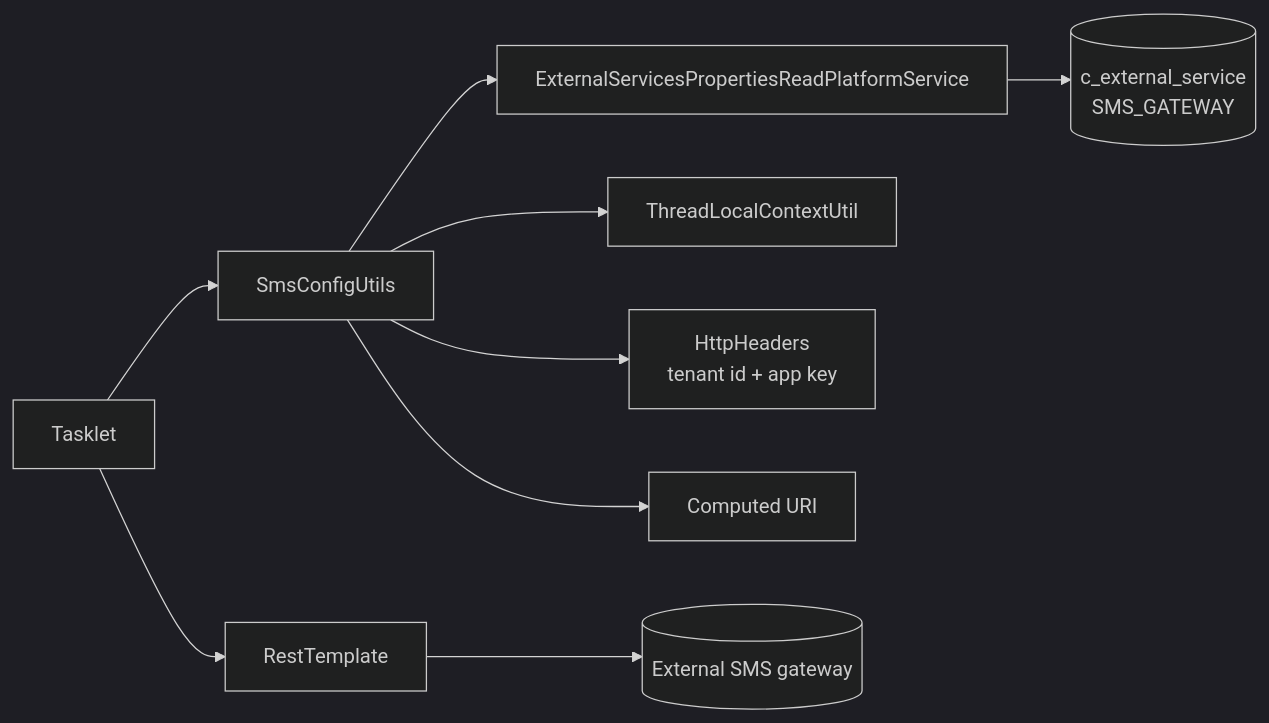
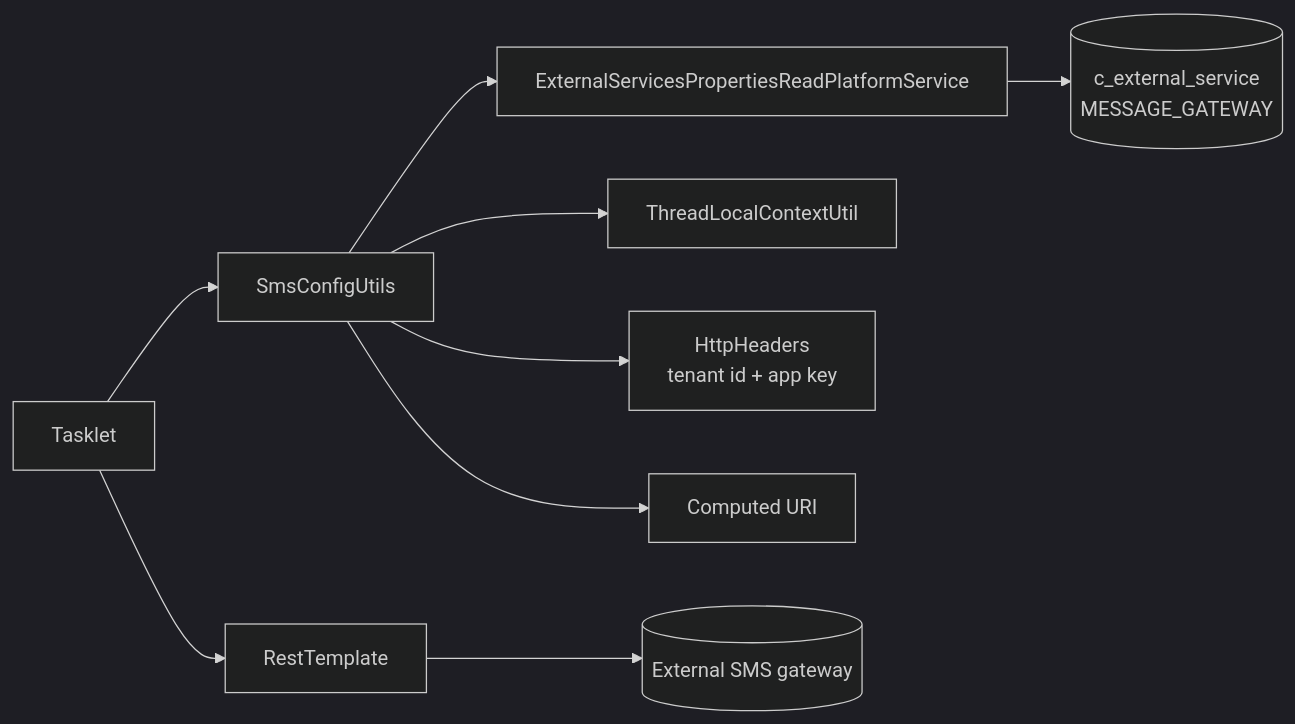
Before and after one commit to mintlify-atlas/docs-wiki-31b07890: the first of 2 diagrams in campaigns/scheduler-and-helpers.mdx, drawn with Mermaid (dark theme). The commit also changed other lines of this file and 115 other files, not shown here.

````diff
--- a/campaigns/scheduler-and-helpers.mdx
+++ b/campaigns/scheduler-and-helpers.mdx
@@ -148,11 +151,11 @@
 ```mermaid
 flowchart LR
   Tasklet --> Util[SmsConfigUtils]
   Util --> Props[ExternalServicesPropertiesReadPlatformService]
-  Props --> CES[(c_external_service<br/>SMS_GATEWAY)]
+  Props --> CES[(c_external_service<br/>MESSAGE_GATEWAY)]
   Util --> Tenant[ThreadLocalContextUtil]
   Util --> Headers[HttpHeaders<br/>tenant id + app key]
   Util --> URI[Computed URI]
   Tasklet --> RT[RestTemplate]
   RT --> Gateway[(External SMS gateway)]
 ```
````
